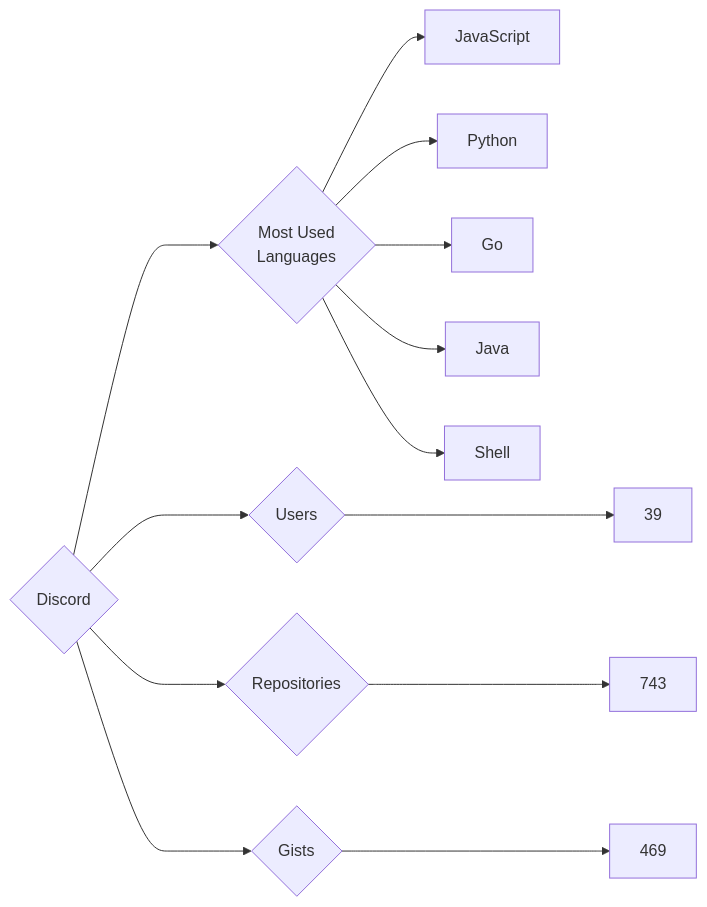
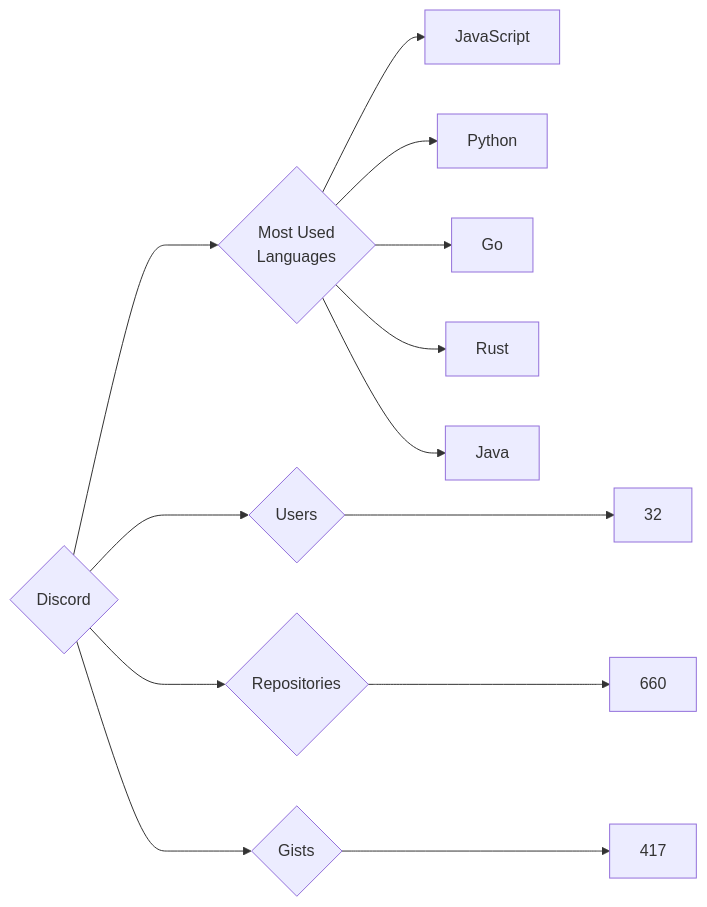
One commit to trickest/insiders changed the diagram in targets/Discord/README.md. Above: the diagram before and after it, drawn with Mermaid. The commit also changed 773 other files, not shown here.

````diff
--- a/targets/Discord/README.md
+++ b/targets/Discord/README.md
@@ -3,13 +3,13 @@
 ```mermaid
 graph LR
 COMPANY_NAME{Discord}
-COMPANY_NAME ---> U{Users} ---> UN[39]
-COMPANY_NAME ---> R{Repositories} ---> RN[743]
-COMPANY_NAME ---> G{Gists} ---> GN[469]
+COMPANY_NAME ---> U{Users} ---> UN[32]
+COMPANY_NAME ---> R{Repositories} ---> RN[660]
+COMPANY_NAME ---> G{Gists} ---> GN[417]
 COMPANY_NAME ---> ML{Most Used<br>Languages}
 ML --> JavaScript[JavaScript]
 ML --> Python[Python]
 ML --> Go[Go]
+ML --> Rust[Rust]
 ML --> Java[Java]
-ML --> Shell[Shell]
 ```
````
